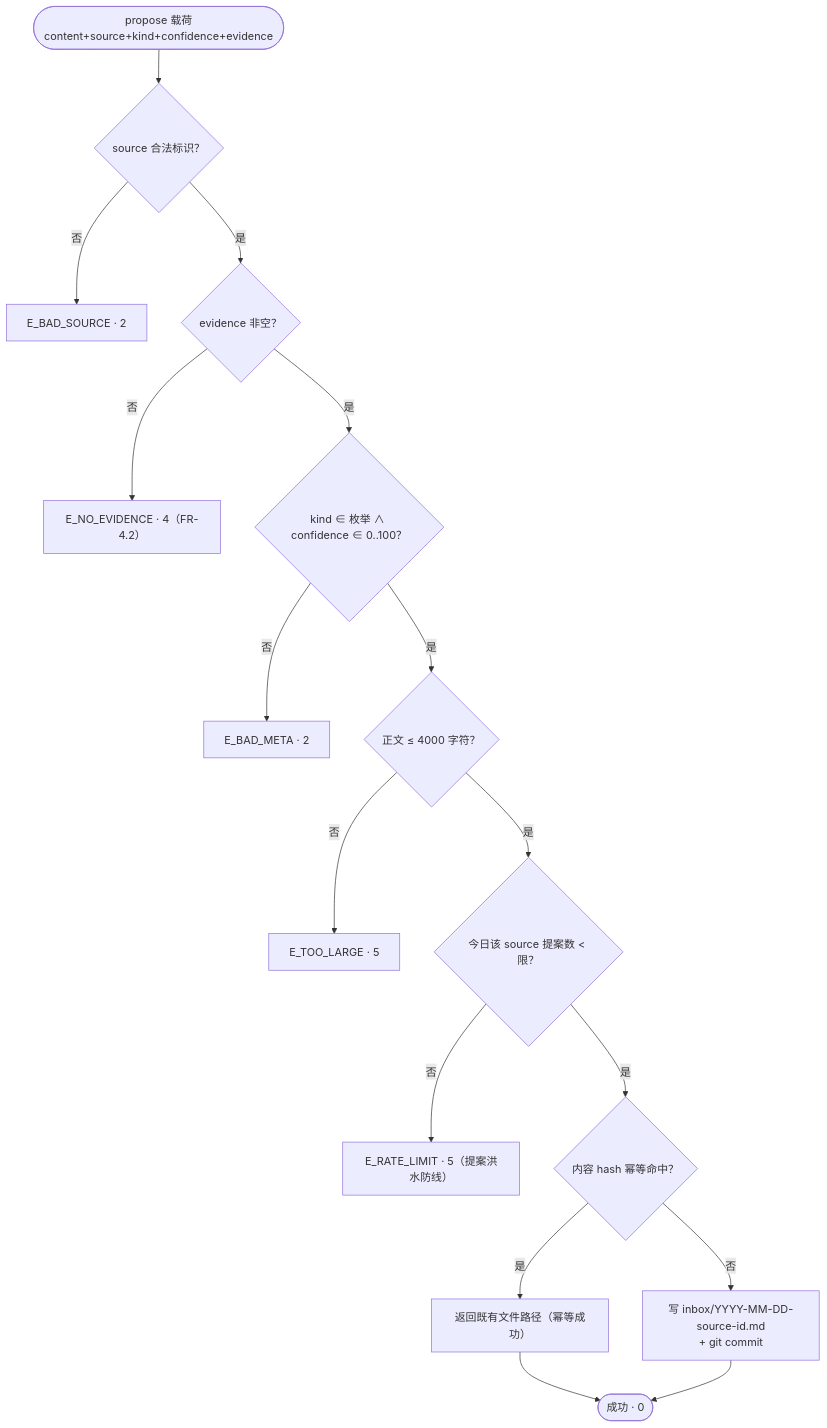
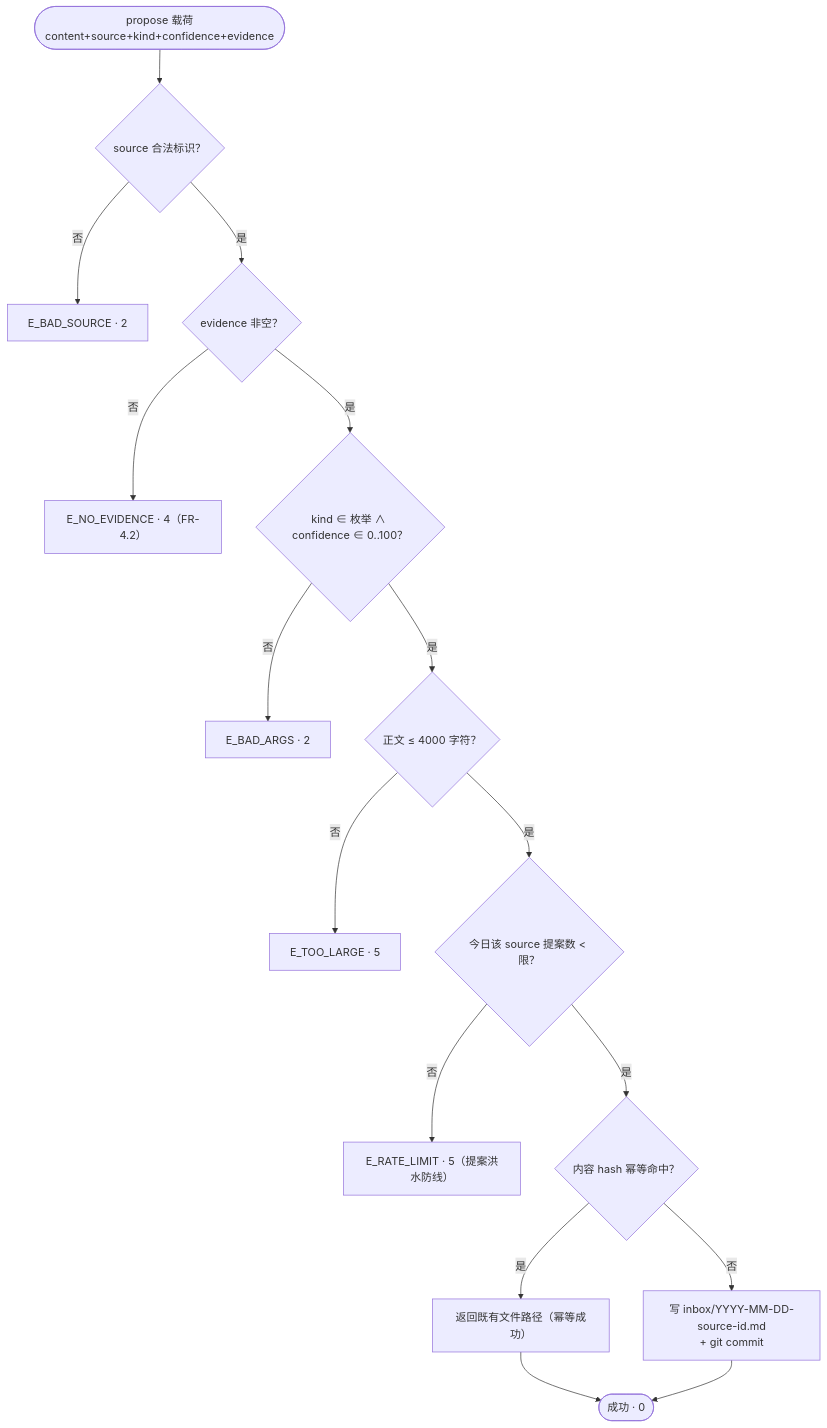
One commit to Jo0OCTsai/pokemon-remember-you changed diagram 14 of 15 in docs/DESIGN.md. Above: the diagram before and after it, drawn with Mermaid. The commit also changed other lines of this file and 5 other files, not shown here.

First line of the commit message:
docs: debt 清偿（需求/设计 v1.11）+ 场景推演时序图（推演 v1.5）

````diff
--- a/docs/DESIGN.md
+++ b/docs/DESIGN.md
@@ -834,17 +868,17 @@
 ```mermaid
 flowchart TD
     P(["propose 载荷<br/>content+source+kind+confidence+evidence"]) --> V1{"source 合法标识？"}
     V1 -->|"否"| E1["E_BAD_SOURCE · 2"]
     V1 -->|"是"| V2{"evidence 非空？"}
     V2 -->|"否"| E2["E_NO_EVIDENCE · 4（FR-4.2）"]
     V2 -->|"是"| V3{"kind ∈ 枚举 ∧ confidence ∈ 0..100？"}
-    V3 -->|"否"| E3["E_BAD_META · 2"]
+    V3 -->|"否"| E3["E_BAD_ARGS · 2"]
     V3 -->|"是"| V4{"正文 ≤ 4000 字符？"}
     V4 -->|"否"| E4["E_TOO_LARGE · 5"]
     V4 -->|"是"| V5{"今日该 source 提案数 < 限？"}
     V5 -->|"否"| E5["E_RATE_LIMIT · 5（提案洪水防线）"]
     V5 -->|"是"| V6{"内容 hash 幂等命中？"}
     V6 -->|"是"| IDEM["返回既有文件路径（幂等成功）"]
     V6 -->|"否"| W["写 inbox/YYYY-MM-DD-source-id.md<br/>+ git commit"]
     IDEM & W --> OK(["成功 · 0"])
 ```
````
